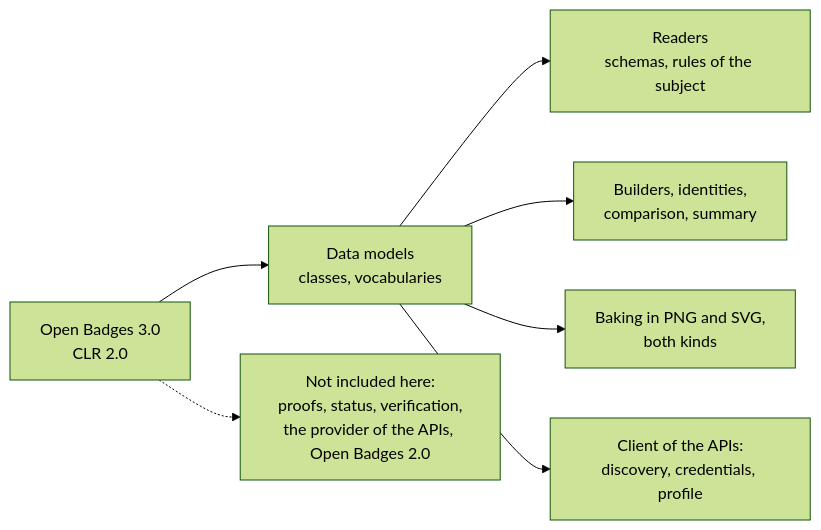
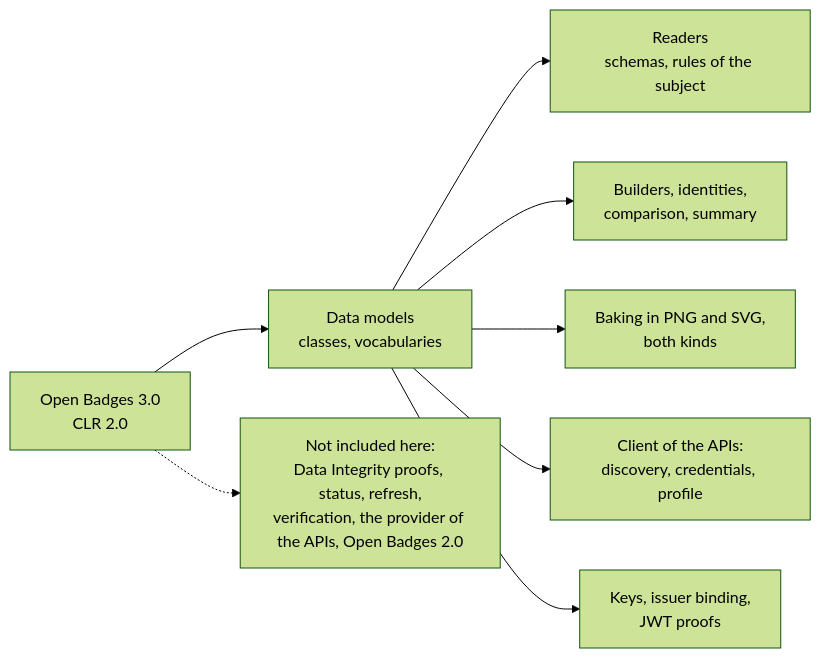
Before and after one commit to interopkit/interopkit: the diagram in docs/achievement-credentials/supported.md, drawn with Mermaid (forest theme). The commit also changed other lines of this file and 49 other files, not shown here.

First line of the commit message:
Add keys and JWT proofs to achievement-credentials: the key resolver, the binding of a key to its issuer, and credentials as signed and read JWTs

````diff
--- a/docs/achievement-credentials/supported.md
+++ b/docs/achievement-credentials/supported.md
@@ -6,9 +6,10 @@
 ```mermaid
 flowchart LR
   spec["Open Badges 3.0<br/>CLR 2.0"] --> model["Data models<br/>classes, vocabularies"]
   model --> read["Readers<br/>schemas, rules of the subject"]
   model --> issue["Builders, identities,<br/>comparison, summary"]
   model --> baking["Baking in PNG and SVG,<br/>both kinds"]
   model --> client["Client of the APIs:<br/>discovery, credentials, profile"]
-  spec -.-> outside["Not included here:<br/>proofs, status, verification,<br/>the provider of the APIs, Open Badges 2.0"]
+  model --> keys["Keys, issuer binding,<br/>JWT proofs"]
+  spec -.-> outside["Not included here:<br/>Data Integrity proofs, status, refresh,<br/>verification, the provider of the APIs, Open Badges 2.0"]
 ```
````
